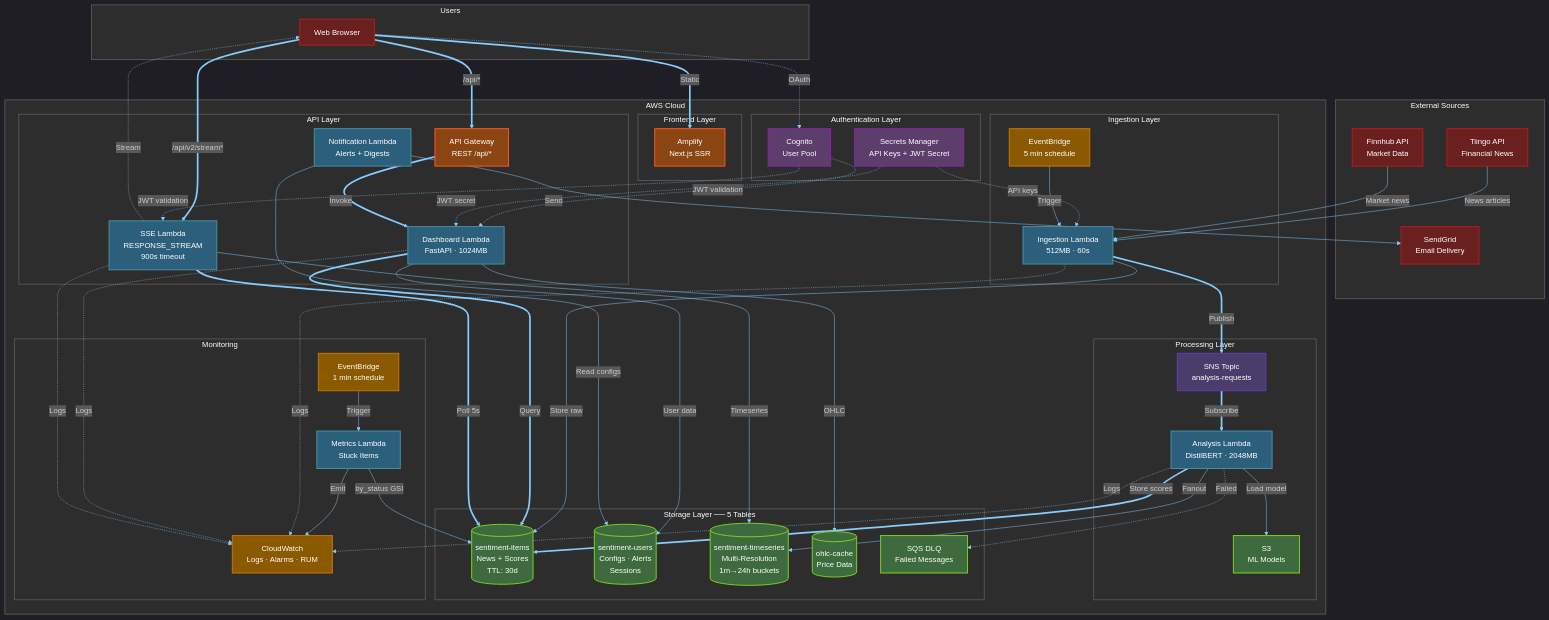
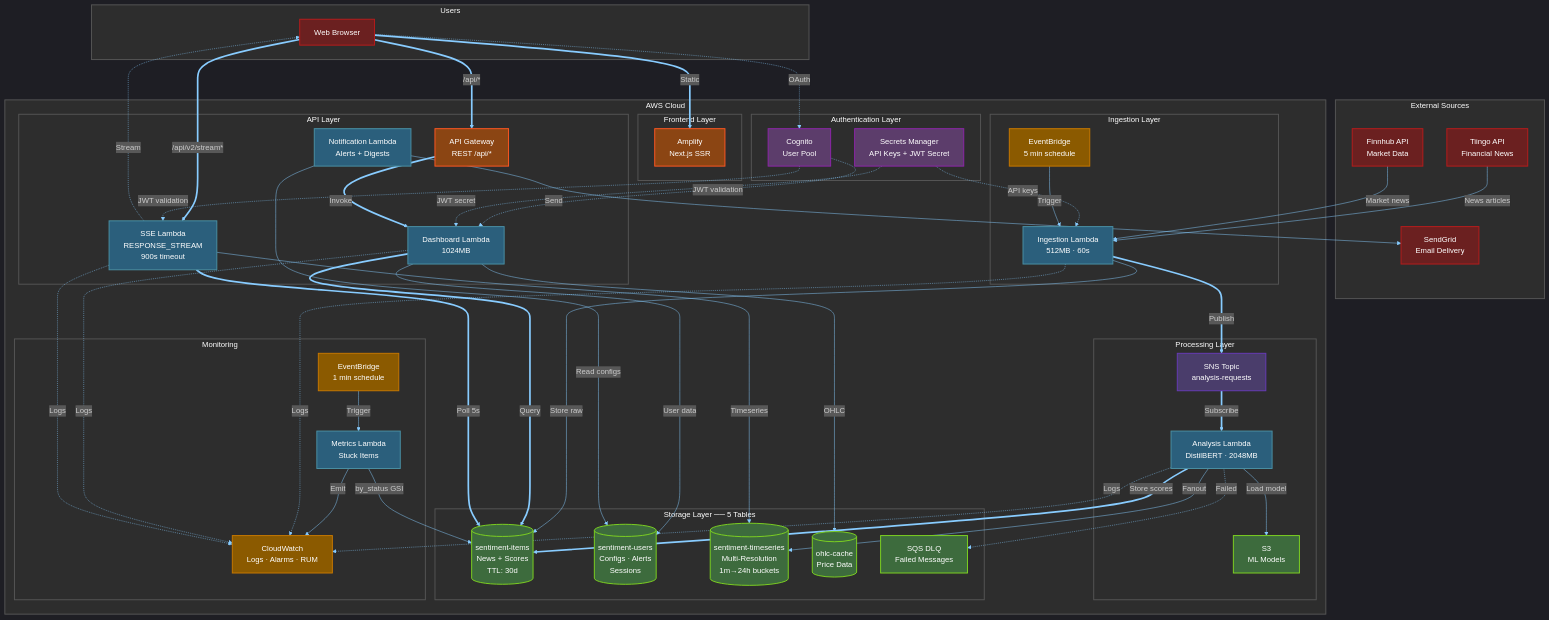
Before and after one commit to traylorre/sentiment-analyzer-gsk: the second of 5 diagrams in README.md, drawn with Mermaid. The commit also changed other lines of this file and 354 other files, not shown here.

```diff
--- a/README.md
+++ b/README.md
@@ -224,7 +224,7 @@
 
         subgraph APILayer["API Layer"]
             APIGW[API Gateway<br/>REST /api/*]
-            Dashboard[Dashboard Lambda<br/>FastAPI · 1024MB]
+            Dashboard[Dashboard Lambda<br/>1024MB]
             SSELambda[SSE Lambda<br/>RESPONSE_STREAM<br/>900s timeout]
             Notification[Notification Lambda<br/>Alerts + Digests]
         end
```
